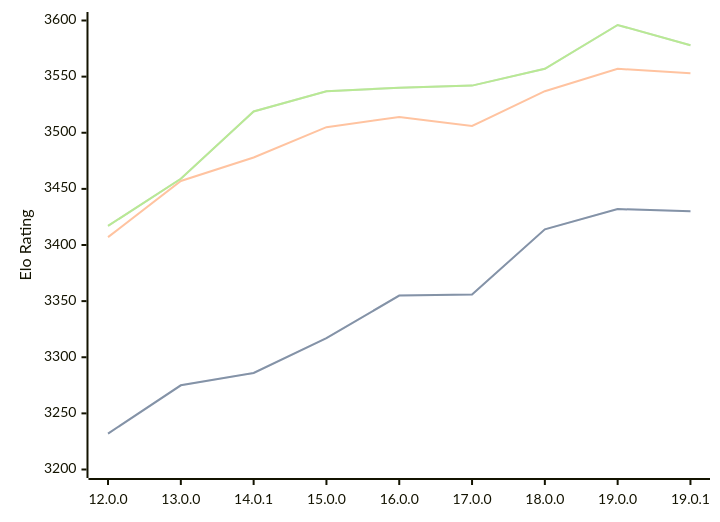
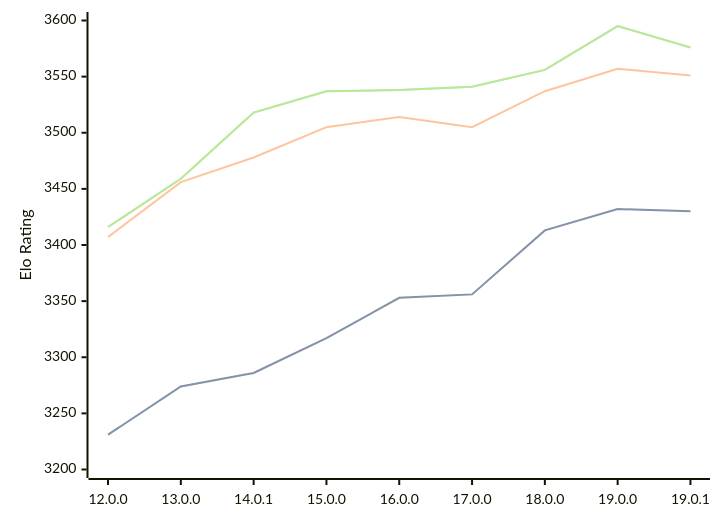
Before and after one commit to computer-chess-index/cci: the diagram in engines/Viridithas.md, drawn with Mermaid. The commit also changed other lines of this file, not shown here.

Commit message:
Update CCI Ratings (ELO VLTC) - 2026-03-22

````diff
--- a/engines/Viridithas.md
+++ b/engines/Viridithas.md
@@ -63,11 +63,11 @@
 ```mermaid
 %%{init: {"theme":"base","themeVariables":{"seriesColors:['#a3a3a3','#222221','#faa371']}}}%%
 xychart-beta
   x-axis ["12.0.0", "13.0.0", "14.0.1", "15.0.0", "16.0.0", "17.0.0", "18.0.0", "19.0.0", "19.0.1"]
   y-axis "Elo Rating" 3200 --> 3600
-  line "STC (8.0+0.08s)" [3232, 3275, 3286, 3317, 3355, 3356, 3414, 3432, 3430]
-  line "STC (8.0+0.08s)" [3232, 3275, 3286, 3317, 3355, 3356, 3414, 3432, 3430]
-  line "LTC (60.0+0.60s)" [3407, 3457, 3478, 3505, 3514, 3506, 3537, 3557, 3553]
-  line "VLTC (2m24s+1.12s)" [3417, 3459, 3519, 3537, 3540, 3542, 3557, 3596, 3578]
-  line "VLTC (2m24s+1.12s)" [3417, 3459, 3519, 3537, 3540, 3542, 3557, 3596, 3578]
+  line "STC (8.0+0.08s)" [3231, 3274, 3286, 3317, 3353, 3356, 3413, 3432, 3430]
+  line "STC (8.0+0.08s)" [3231, 3274, 3286, 3317, 3353, 3356, 3413, 3432, 3430]
+  line "LTC (60.0+0.60s)" [3407, 3456, 3478, 3505, 3514, 3505, 3537, 3557, 3551]
+  line "VLTC (2m24s+1.12s)" [3416, 3459, 3518, 3537, 3538, 3541, 3556, 3595, 3576]
+  line "VLTC (2m24s+1.12s)" [3416, 3459, 3518, 3537, 3538, 3541, 3556, 3595, 3576]
 ```
````
